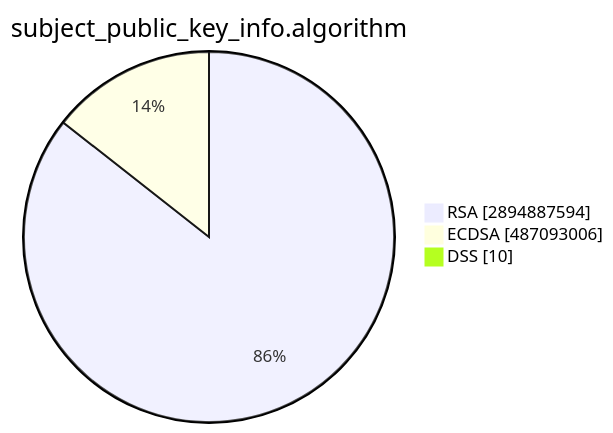
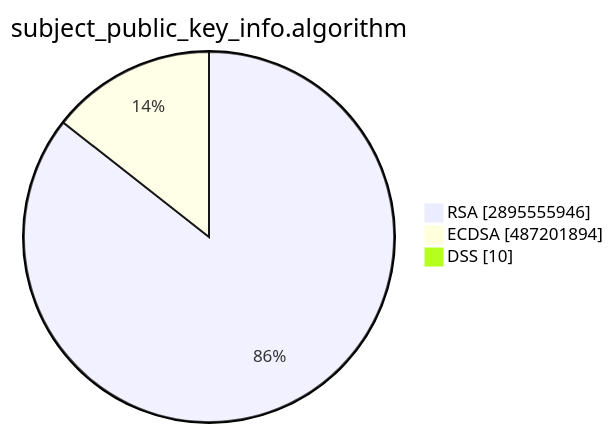
Before and after one commit to christiankrug/ctmonitor_visualization: the second of 15 diagrams in TOTAL/README.md, drawn with Mermaid. The commit also changed other lines of this file, not shown here.

````diff
--- a/TOTAL/README.md
+++ b/TOTAL/README.md
@@ -6,7 +6,7 @@
 ```mermaid
 pie showData
 title subject_public_key_info.algorithm
-"RSA" :2894887594
-"ECDSA" :487093006
+"RSA" :2895555946
+"ECDSA" :487201894
 "DSS" :10
 ```
````
